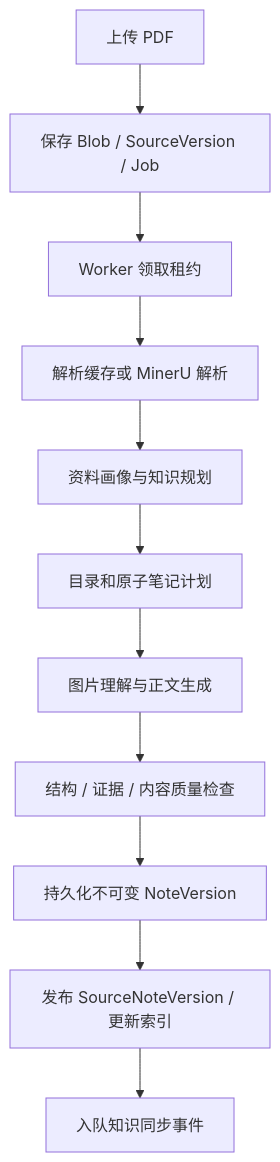
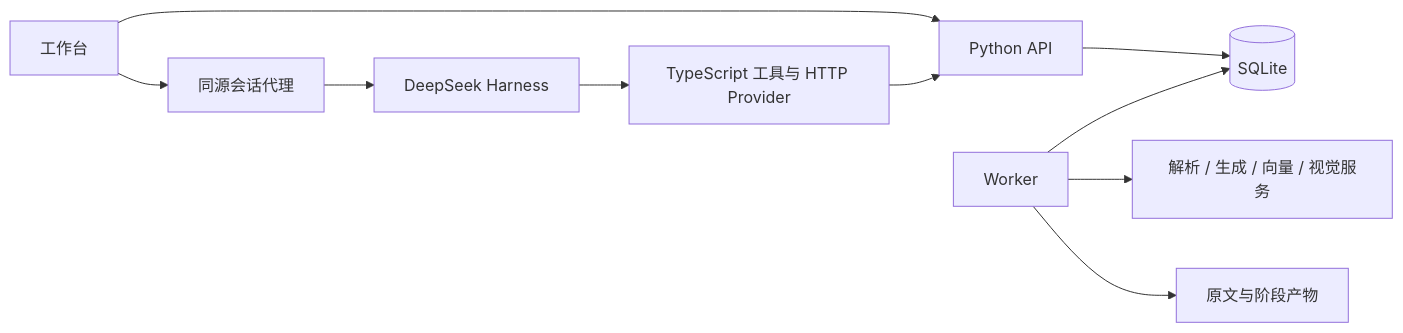
The first of 2 diagrams in docs/ARCHITECTURE.md (JaegerZhao/Noodle_Agent), drawn with Mermaid before and after one commit. The commit also changed other lines of this file and 6 other files, not shown here.

Commit message:
docs: align architecture and operations with current implementation

````diff
--- a/docs/ARCHITECTURE.md
+++ b/docs/ARCHITECTURE.md
@@ -15,13 +17,12 @@
 ```mermaid
-flowchart TD
-    A[上传 PDF] --> B[保存 Blob / SourceVersion / Job]
-    B --> C[Worker 领取租约]
-    C --> D[解析缓存或 MinerU 解析]
-    D --> E[资料画像与知识规划]
-    E --> F[目录和原子笔记计划]
-    F --> G[图片理解与正文生成]
-    G --> H[结构 / 证据 / 内容质量检查]
-    H --> I[持久化不可变 NoteVersion]
-    I --> J[发布 SourceNoteVersion / 更新索引]
-    J --> K[入队知识同步事件]
+flowchart LR
+    UI[工作台] --> API[Python API]
+    UI --> Proxy[同源会话代理]
+    Proxy --> H[DeepSeek Harness]
+    H --> Tools[TypeScript 工具与 HTTP Provider]
+    Tools --> API
+    API --> DB[(SQLite)]
+    W[Worker] --> DB
+    W --> Providers[解析 / 生成 / 向量 / 视觉服务]
+    W --> Files[原文与阶段产物]
 ```
````
